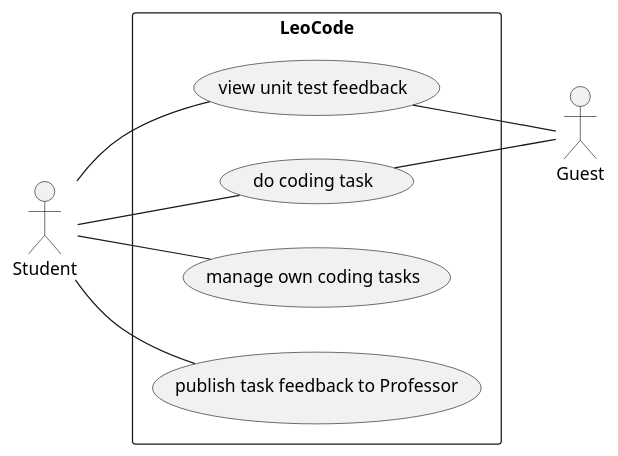
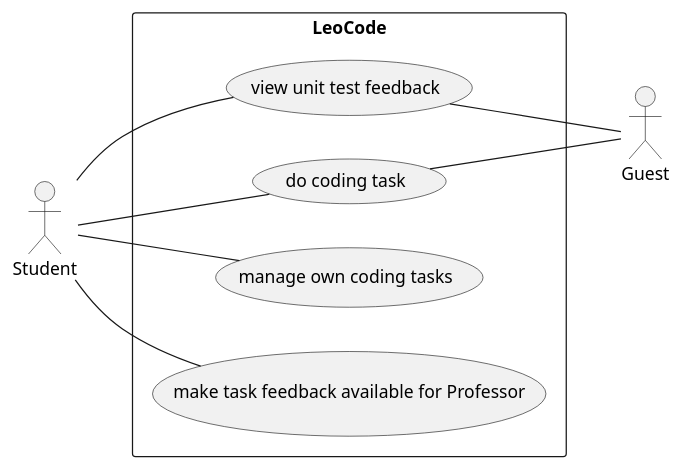
The second of 3 diagrams in asciidocs/system-specification.adoc (htl-leonding-project/leo-code), drawn with PlantUML before and after one commit. The commit also changed other lines of this file, not shown here.

Commit message:
Corrected Use-Case Diagramm #15

```diff
--- a/asciidocs/system-specification.adoc
+++ b/asciidocs/system-specification.adoc
@@ -74,23 +74,23 @@
 [plantuml]
 ----
 
 @startuml
 
 left to right direction
 :Student:
 :Guest:
 rectangle LeoCode{
 
 
 Guest -up- (do coding task)
 Guest -up- (view unit test feedback)
 
 Student -- (manage own coding tasks)
 Student -- (do coding task)
 Student -- (view unit test feedback)
-Student -- (publish task feedback to Professor)
+Student -- (make task feedback available for Professor)
 
 }
 
 @enduml
 ----
```
